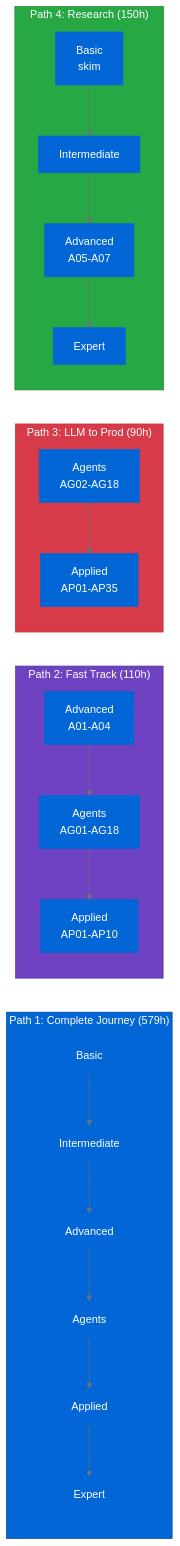
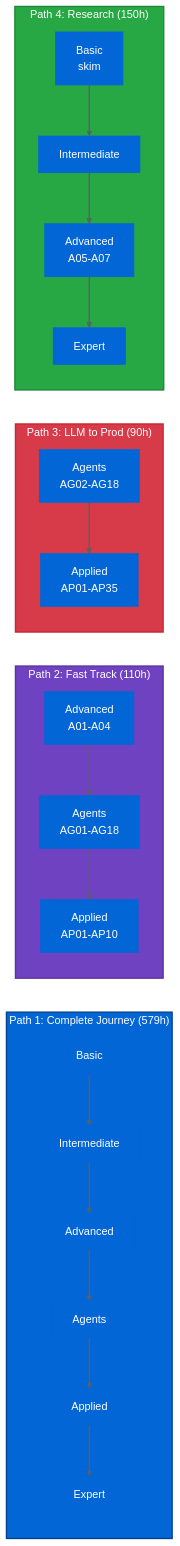
The second of 22 diagrams in README.md (nexageapps/AI), drawn with Mermaid before and after one commit. The commit also changed other lines of this file and 1 other file, not shown here.

````diff
--- a/README.md
+++ b/README.md
@@ -80,31 +82,33 @@
 ```mermaid
-%%{init: {'theme':'base', 'themeVariables': {'primaryColor':'#0366d6','primaryTextColor':'#fff','primaryBorderColor':'#0366d6','lineColor':'#6a737d','secondaryColor':'#0366d6','fontSize':'16px'}}}%%
+%%{init: {'theme':'base', 'themeVariables': {'primaryColor':'#0366d6','primaryTextColor':'#fff','primaryBorderColor':'#0366d6','lineColor':'#586069','defaultLinkColor':'#586069','edgeLabelBackground':'#fafbfc','secondaryColor':'#0366d6','fontSize':'16px'}}}%%
 flowchart LR
     subgraph Path1["Path 1: Complete Journey (579h)"]
         P1A[Basic] --> P1B[Intermediate]
         P1B --> P1C[Advanced]
         P1C --> P1D[Agents]
         P1D --> P1E[Applied]
         P1E --> P1F[Expert]
     end
     
     subgraph Path2["Path 2: Fast Track (110h)"]
         P2A[Advanced<br/>A01-A04] --> P2B[Agents<br/>AG01-AG18]
         P2B --> P2C[Applied<br/>AP01-AP10]
     end
     
     subgraph Path3["Path 3: LLM to Prod (90h)"]
         P3A[Agents<br/>AG02-AG18] --> P3B[Applied<br/>AP01-AP35]
     end
     
     subgraph Path4["Path 4: Research (150h)"]
         P4A[Basic<br/>skim] --> P4B[Intermediate]
         P4B --> P4C[Advanced<br/>A05-A07]
         P4C --> P4D[Expert]
     end
     
-    style Path1 fill:#0366d6,stroke:#044289,color:#fff
-    style Path2 fill:#6f42c1,stroke:#5a32a3,color:#fff
-    style Path3 fill:#d73a49,stroke:#cb2431,color:#fff
-    style Path4 fill:#28a745,stroke:#22863a,color:#fff
+    linkStyle default stroke:#586069,stroke-width:2px
+    
+    style Path1 fill:#0366d6,stroke:#044289,stroke-width:2px,color:#fff
+    style Path2 fill:#6f42c1,stroke:#5a32a3,stroke-width:2px,color:#fff
+    style Path3 fill:#d73a49,stroke:#cb2431,stroke-width:2px,color:#fff
+    style Path4 fill:#28a745,stroke:#22863a,stroke-width:2px,color:#fff
 ```
````
